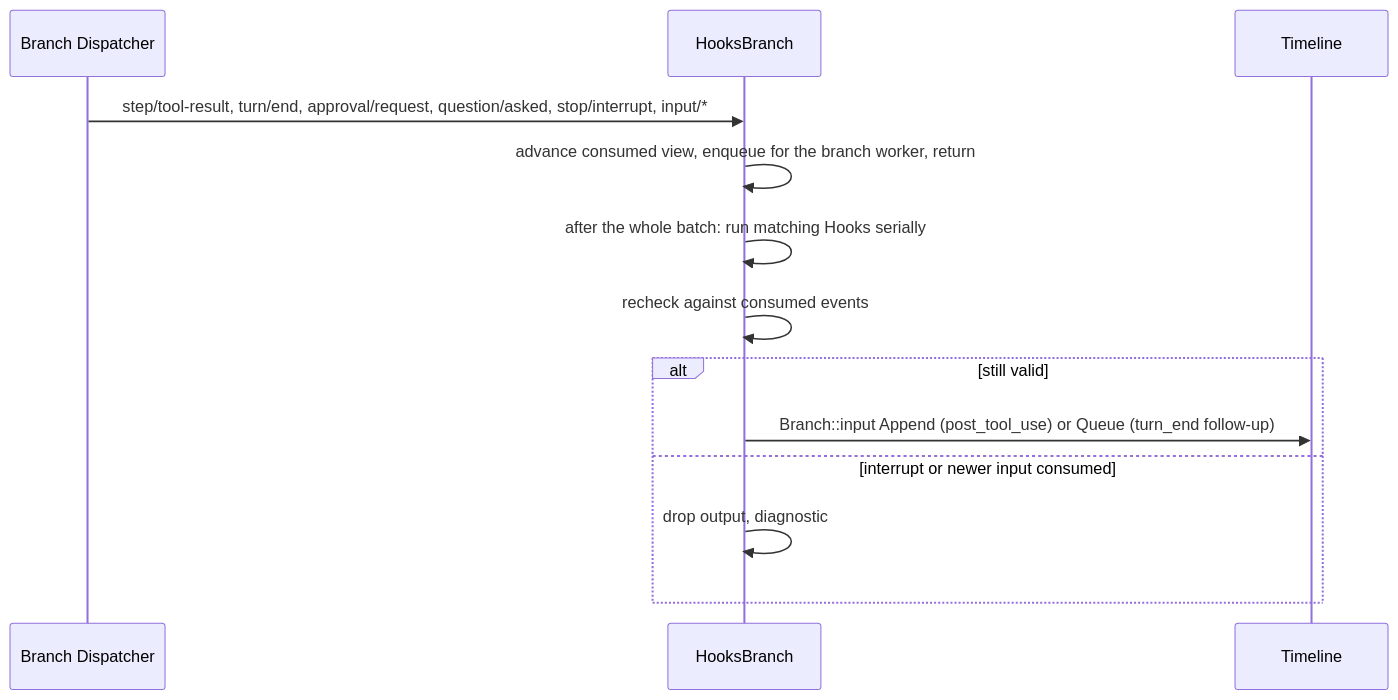
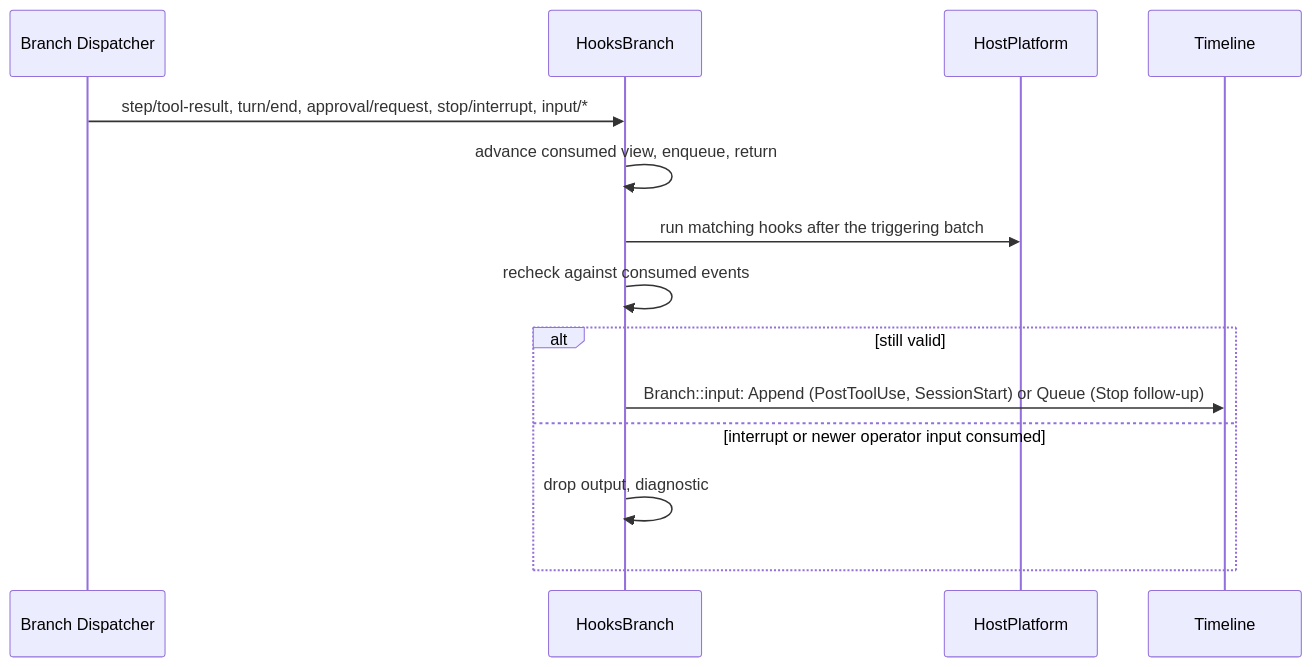
One commit to CoutinhoTTS/dim-agent changed the sixth of 6 diagrams in docs/design/plugins/Hooks.md. Above: the diagram before and after it, drawn with Mermaid. The commit also changed other lines of this file and 8 other files, not shown here.

````diff
--- a/docs/design/plugins/Hooks.md
+++ b/docs/design/plugins/Hooks.md
@@ -151,15 +165,16 @@
 ```mermaid
 sequenceDiagram
   participant DP as Branch Dispatcher
   participant HB as HooksBranch
+  participant HP as HostPlatform
   participant TL as Timeline
-  DP->>HB: step/tool-result, turn/end, approval/request, question/asked, stop/interrupt, input/*
-  HB->>HB: advance consumed view, enqueue for the branch worker, return
-  HB->>HB: after the whole batch: run matching Hooks serially
+  DP->>HB: step/tool-result, turn/end, approval/request, stop/interrupt, input/*
+  HB->>HB: advance consumed view, enqueue, return
+  HB->>HP: run matching hooks after the triggering batch
   HB->>HB: recheck against consumed events
   alt still valid
-    HB->>TL: Branch::input Append (post_tool_use) or Queue (turn_end follow-up)
-  else interrupt or newer input consumed
+    HB->>TL: Branch::input: Append (PostToolUse, SessionStart) or Queue (Stop follow-up)
+  else interrupt or newer operator input consumed
     HB->>HB: drop output, diagnostic
   end
 ```
````
